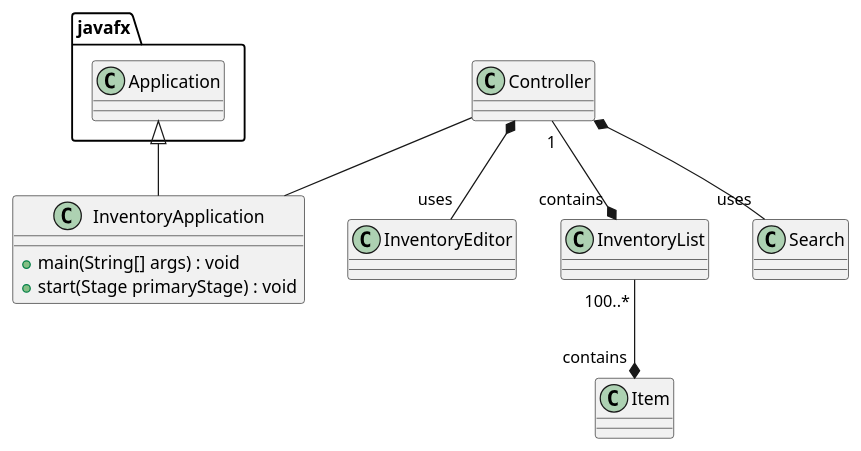
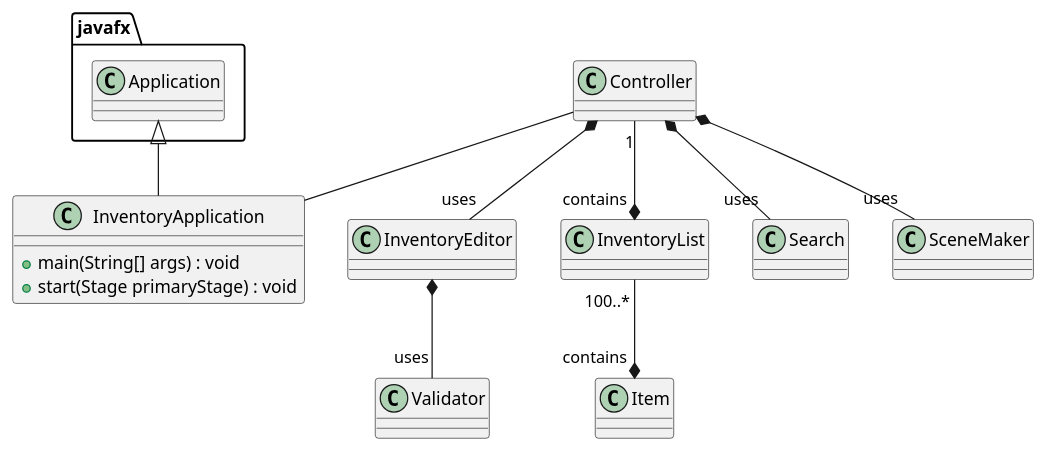
One commit to Umran-Jameel/Jameel-1807-a5 changed the diagram in uml/AppDiagram.puml. Above: the diagram before and after it, drawn with PlantUML. The commit also changed 10 other files, not shown here.

```diff
--- a/uml/AppDiagram.puml
+++ b/uml/AppDiagram.puml
@@ -1,36 +1,45 @@
 @startuml
 'https://plantuml.com/class-diagram
 class Controller {
 
 }
 
 
 class InventoryApplication {
  + main(String[] args) : void
  + start(Stage primaryStage) : void
 }
 
 class InventoryEditor {
 
 }
 
 class InventoryList {
 
 }
 
 class Item {
 
 }
 
 class Search {
 
 }
 
+class Validator {
+
+}
+
+class SceneMaker {
+
+}
 
 javafx.Application <|-- InventoryApplication
 Controller -- InventoryApplication
 Controller *-- "uses"Search
 Controller *-- "uses"InventoryEditor
+Controller *-- "uses"SceneMaker
 Controller"1" --* "contains"InventoryList
 InventoryList "100..*"--* "contains" Item
+InventoryEditor *-- "uses" Validator
 @enduml
```
